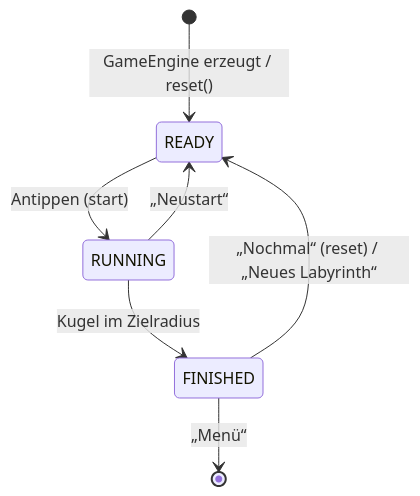
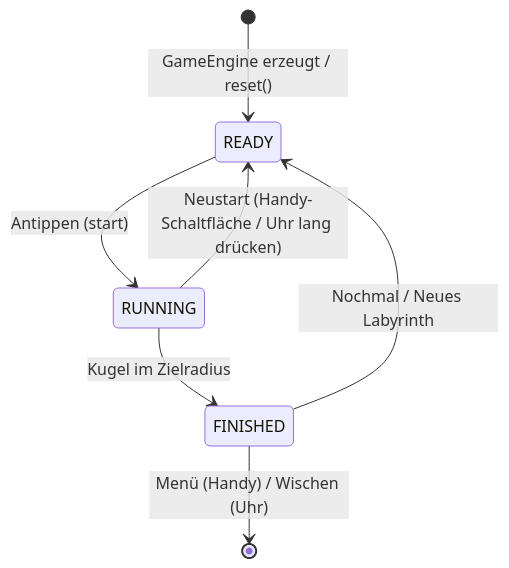
Before and after one commit to Neon153/kugel-labyrinth: the fifth of 6 diagrams in docs/02-architektur.md, drawn with Mermaid. The commit also changed other lines of this file and 9 other files, not shown here.

````diff
--- a/docs/02-architektur.md
+++ b/docs/02-architektur.md
@@ -188,9 +208,9 @@
 ```mermaid
 stateDiagram-v2
     [*] --> READY: GameEngine erzeugt / reset()
     READY --> RUNNING: Antippen (start)
     RUNNING --> FINISHED: Kugel im Zielradius
-    RUNNING --> READY: „Neustart“
-    FINISHED --> READY: „Nochmal“ (reset) / „Neues Labyrinth“
-    FINISHED --> [*]: „Menü“
+    RUNNING --> READY: Neustart (Handy-Schaltfläche / Uhr lang drücken)
+    FINISHED --> READY: Nochmal / Neues Labyrinth
+    FINISHED --> [*]: Menü (Handy) / Wischen (Uhr)
 ```
````
